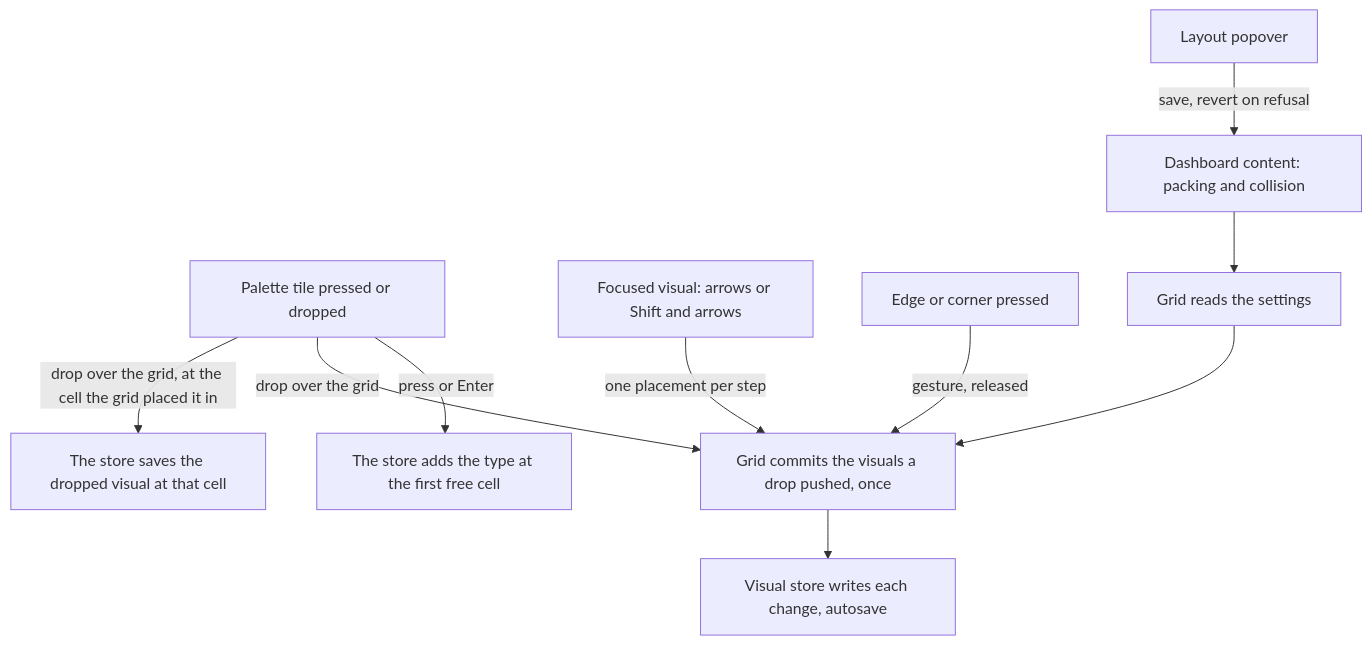
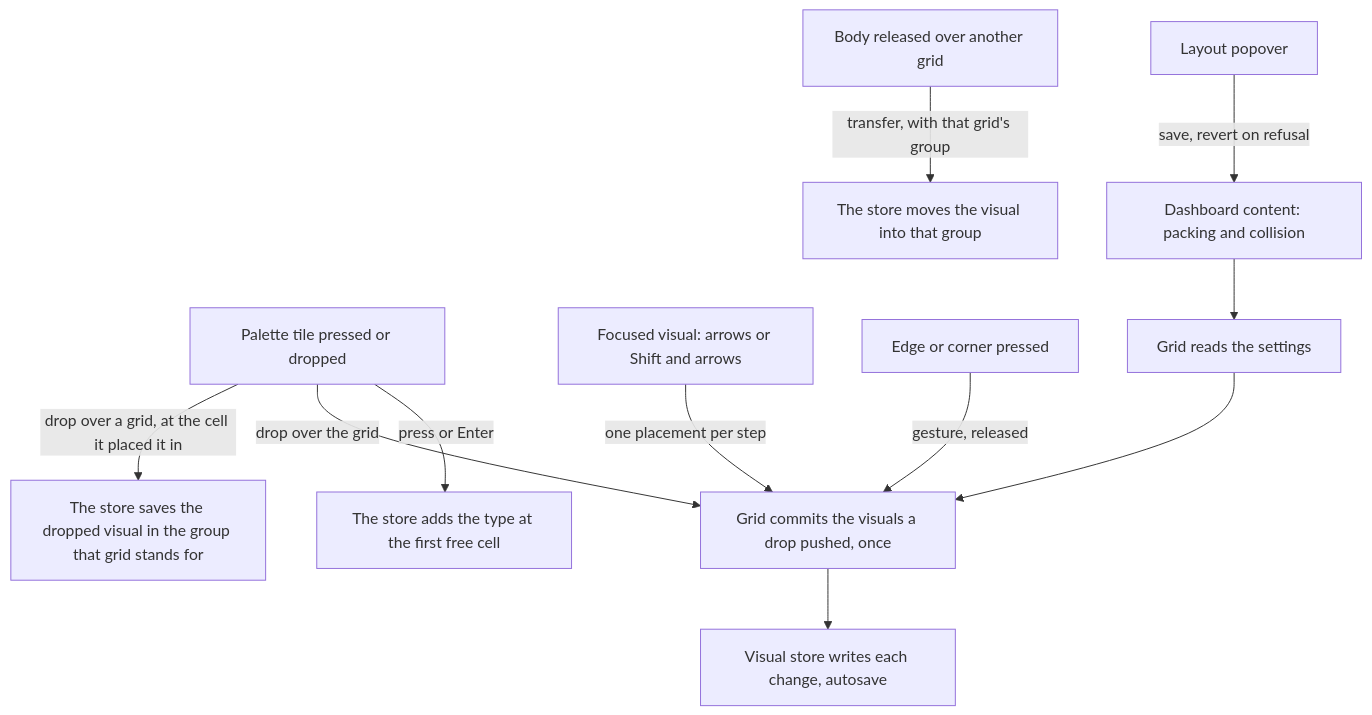
Before and after one commit to Esposter/Esposter: the diagram in openspec/specs/resource/dashboard-grid/design.md, drawn with Mermaid. The commit also changed other lines of this file and 4 other files, not shown here.

First line of the commit message:
docs(dashboard-grid): a group's surface is specified as built, and its roadmap item is closed

````diff
--- a/openspec/specs/resource/dashboard-grid/design.md
+++ b/openspec/specs/resource/dashboard-grid/design.md
@@ -61,12 +71,13 @@
 ```mermaid
 flowchart TD
-  P["Palette tile pressed or dropped"] -->|"drop over the grid, at the cell the grid placed it in"| SD["The store saves the dropped visual at that cell"]
+  P["Palette tile pressed or dropped"] -->|"drop over a grid, at the cell it placed it in"| SD["The store saves the dropped visual in the group that grid stands for"]
   P -->|"drop over the grid"| G["Grid commits the visuals a drop pushed, once"]
   P -->|"press or Enter"| S["The store adds the type at the first free cell"]
   K["Focused visual: arrows or Shift and arrows"] -->|"one placement per step"| G
   H["Edge or corner pressed"] -->|"gesture, released"| G
+  B["Body released over another grid"] -->|"transfer, with that grid's group"| MV["The store moves the visual into that group"]
   L["Layout popover"] -->|"save, revert on refusal"| D["Dashboard content: packing and collision"]
   G --> V["Visual store writes each change, autosave"]
   D --> GR["Grid reads the settings"]
   GR --> G
 ```
````
